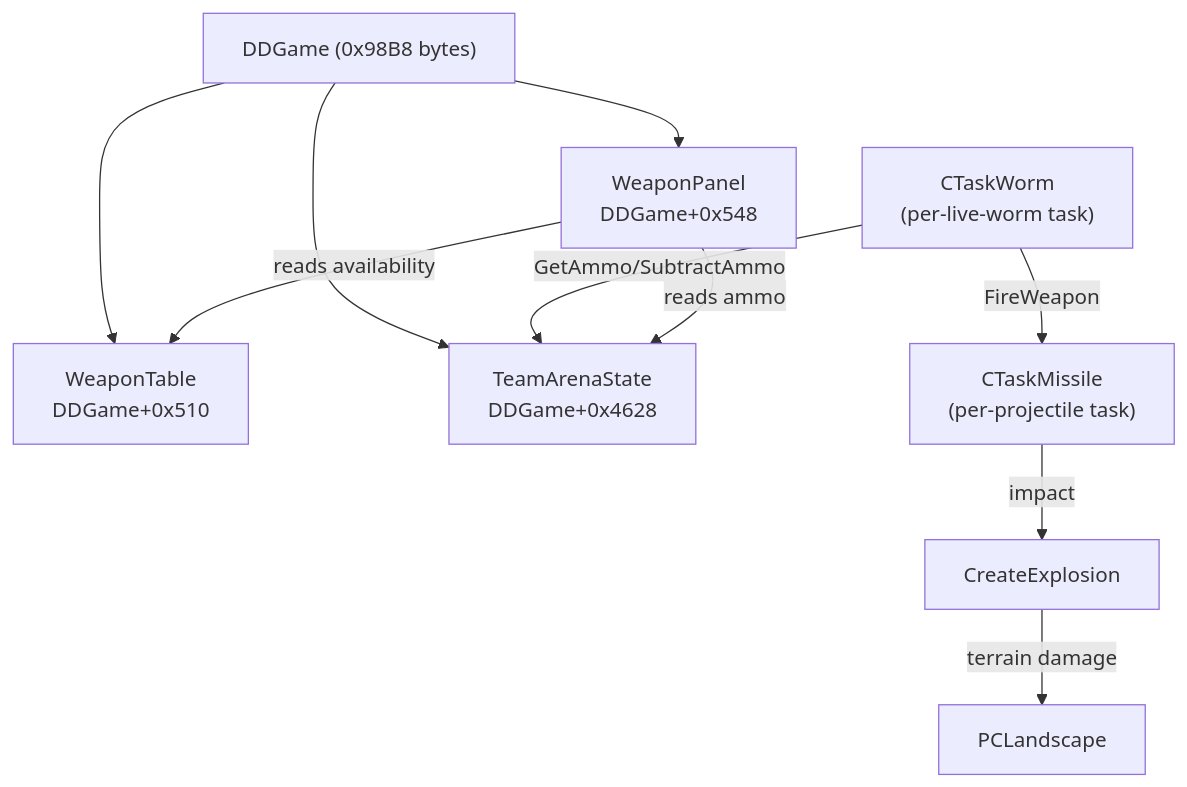
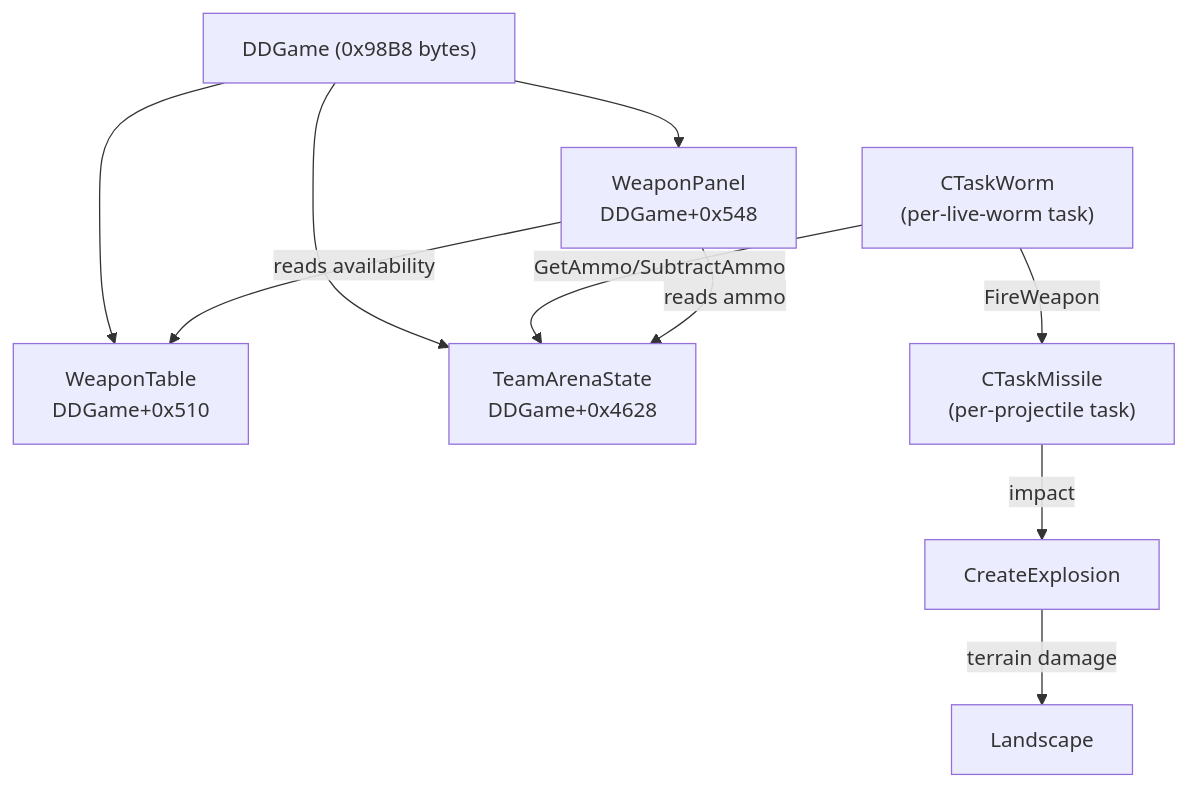
One commit to paavohuhtala/OpenWA changed the first of 2 diagrams in docs/re-notes/weapon-system.md. Above: the diagram before and after it, drawn with Mermaid. The commit also changed other lines of this file and 14 other files, not shown here.

Commit message:
chore: rename PCLandscape to Landscape

````diff
--- a/docs/re-notes/weapon-system.md
+++ b/docs/re-notes/weapon-system.md
@@ -11,21 +11,21 @@
 ```mermaid
 graph TD
     DDGame["DDGame (0x98B8 bytes)"]
     WT["WeaponTable<br/>DDGame+0x510"]
     TAS["TeamArenaState<br/>DDGame+0x4628"]
     WP["WeaponPanel<br/>DDGame+0x548"]
     CTW["CTaskWorm<br/>(per-live-worm task)"]
     CTM["CTaskMissile<br/>(per-projectile task)"]
     EXP["CreateExplosion"]
-    LAND["PCLandscape"]
+    LAND["Landscape"]
 
     DDGame --> WT
     DDGame --> TAS
     DDGame --> WP
     CTW -->|"FireWeapon"| CTM
     CTW -->|"GetAmmo/SubtractAmmo"| TAS
     CTM -->|"impact"| EXP
     EXP -->|"terrain damage"| LAND
     WP -->|"reads availability"| WT
     WP -->|"reads ammo"| TAS
 ```
````
